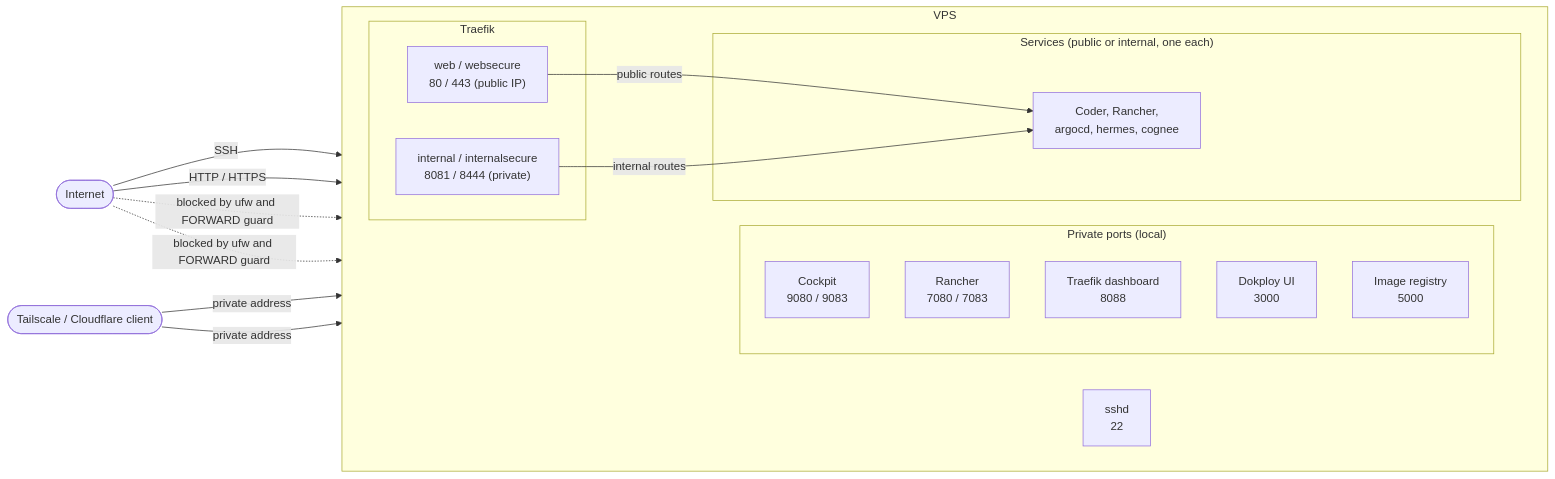
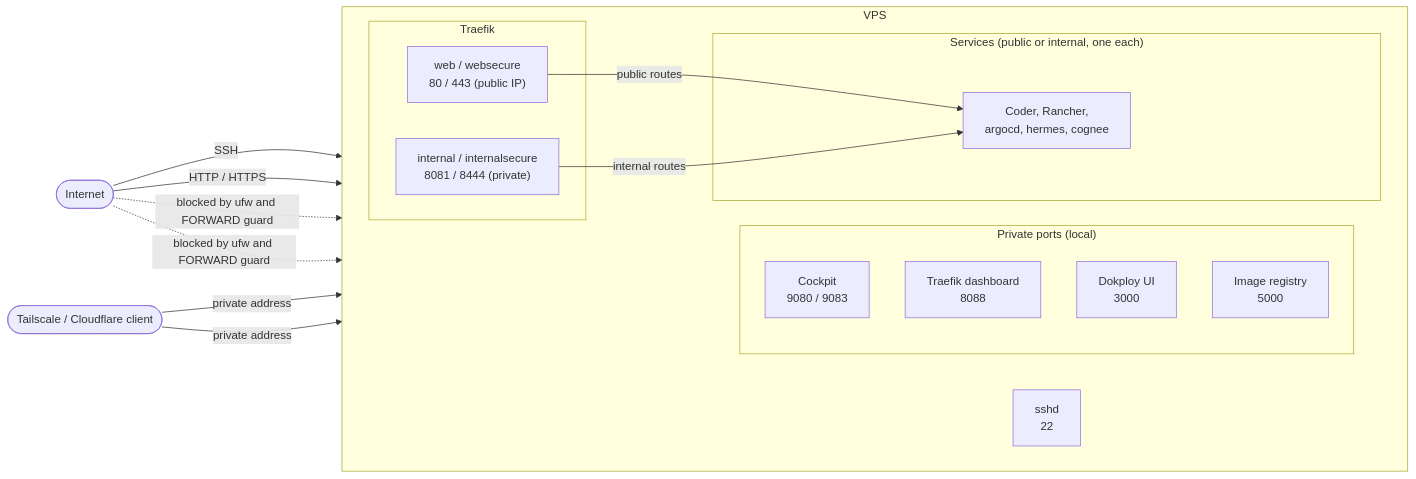
Before and after one commit to perspikapps/vps: the diagram in README.md, drawn with Mermaid. The commit also changed other lines of this file and 7 other files, not shown here.

````diff
--- a/README.md
+++ b/README.md
@@ -133,31 +133,30 @@
 ```mermaid
 flowchart LR
     net([Internet])
     vpn([Tailscale / Cloudflare client])
     subgraph vps[VPS]
         direction LR
         ssh["sshd<br/>22"]
         subgraph traefik[Traefik]
             pub["web / websecure<br/>80 / 443 (public IP)"]
             int["internal / internalsecure<br/>8081 / 8444 (private)"]
         end
         subgraph priv["Private ports (local)"]
             cockpit["Cockpit<br/>9080 / 9083"]
-            rancherp["Rancher<br/>7080 / 7083"]
             dash["Traefik dashboard<br/>8088"]
             dokploy["Dokploy UI<br/>3000"]
             registry["Image registry<br/>5000"]
         end
         subgraph svc["Services (public or internal, one each)"]
             apps["Coder, Rancher,<br/>argocd, hermes, cognee"]
         end
     end
     net -->|"SSH"| ssh
     net -->|"HTTP / HTTPS"| pub
     pub -->|"public routes"| apps
     vpn -->|"private address"| int
     int -->|"internal routes"| apps
     vpn -->|"private address"| priv
     net -. "blocked by ufw and FORWARD guard" .-> int
     net -. "blocked by ufw and FORWARD guard" .-> priv
 ```
````
